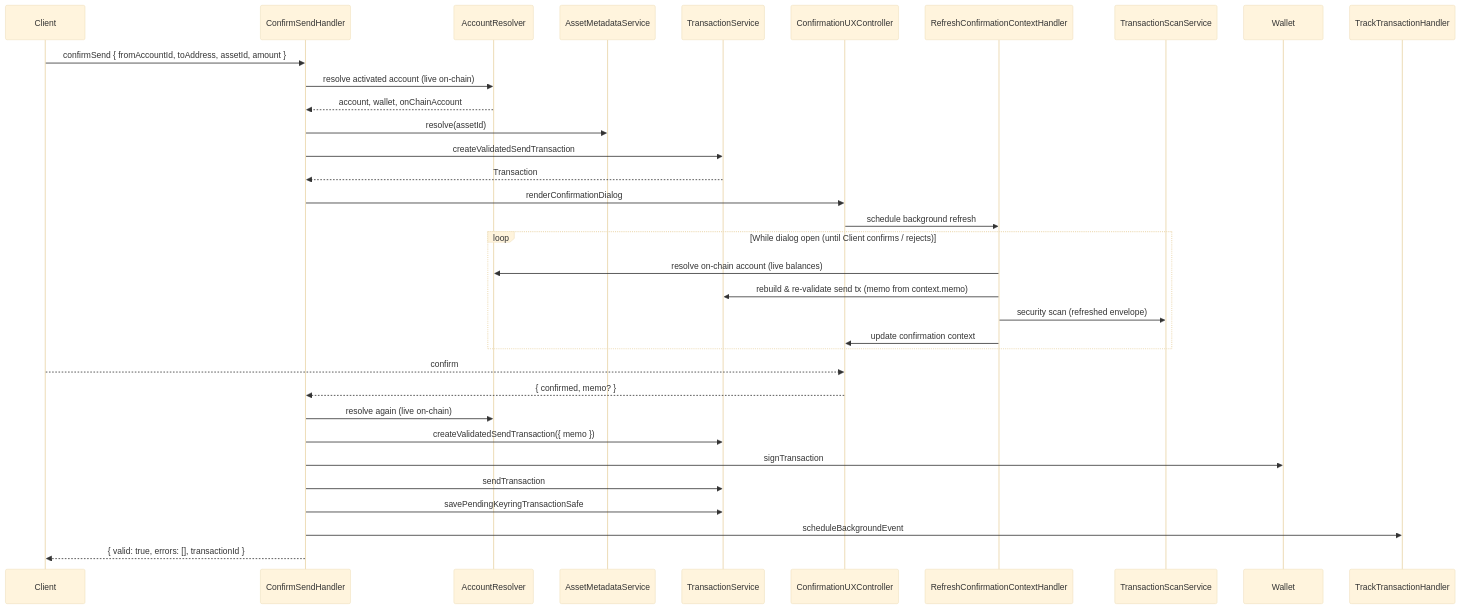
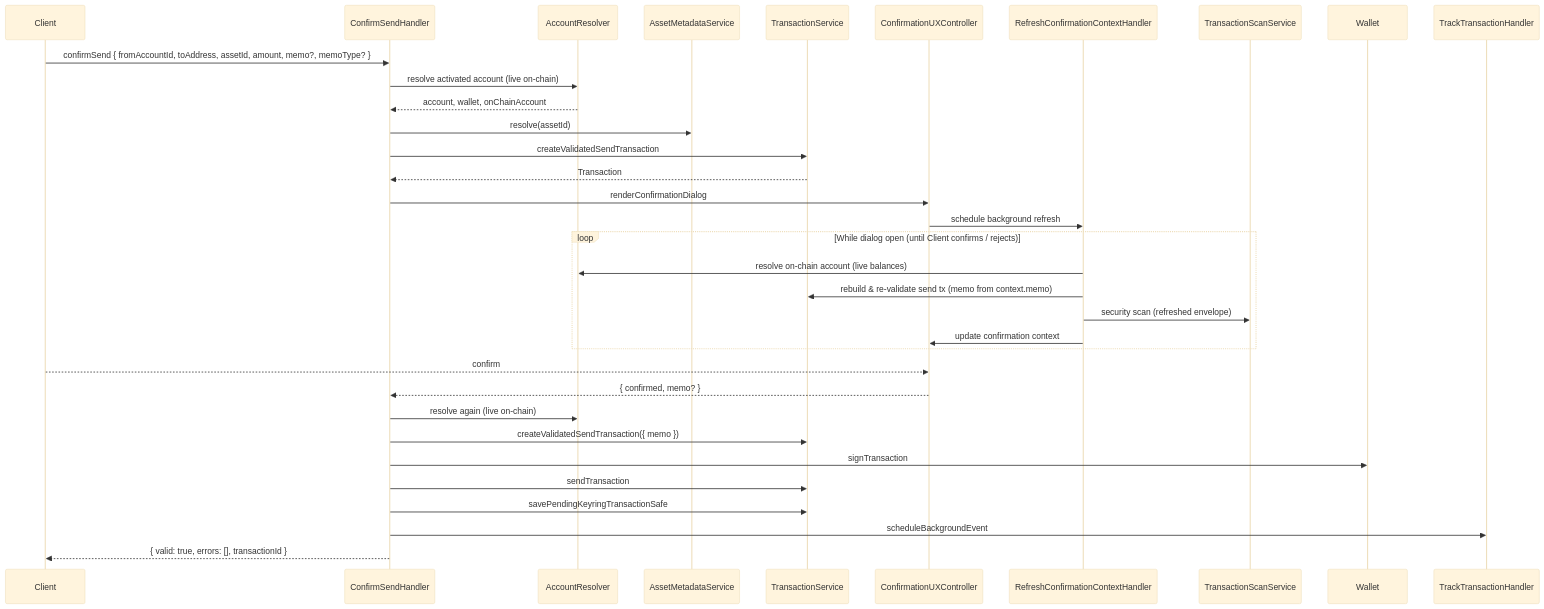
The diagram in packages/stellar-wallet-snap/docs/use-cases/client-request/confirmSend.md (MetaMask/internal-snaps), drawn with Mermaid (base theme) before and after one commit. The commit also changed other lines of this file and 15 other files, not shown here.

Commit message:
feat(stellar): accept client-supplied memo in confirmSend

````diff
--- a/packages/stellar-wallet-snap/docs/use-cases/client-request/confirmSend.md
+++ b/packages/stellar-wallet-snap/docs/use-cases/client-request/confirmSend.md
@@ -65,39 +67,39 @@
 ```mermaid
 sequenceDiagram
   participant Client
   participant Handler as ConfirmSendHandler
   participant Resolver as AccountResolver
   participant Meta as AssetMetadataService
   participant Tx as TransactionService
   participant UI as ConfirmationUXController
   participant Refresh as RefreshConfirmationContextHandler
   participant Scan as TransactionScanService
   participant Wallet
   participant Track as TrackTransactionHandler
 
-  Client->>Handler: confirmSend { fromAccountId, toAddress, assetId, amount }
+  Client->>Handler: confirmSend { fromAccountId, toAddress, assetId, amount, memo?, memoType? }
   Handler->>Resolver: resolve activated account (live on-chain)
   Resolver-->>Handler: account, wallet, onChainAccount
   Handler->>Meta: resolve(assetId)
   Handler->>Tx: createValidatedSendTransaction
   Tx-->>Handler: Transaction
   Handler->>UI: renderConfirmationDialog
   UI->>Refresh: schedule background refresh
 
   loop While dialog open (until Client confirms / rejects)
     Refresh->>Resolver: resolve on-chain account (live balances)
     Refresh->>Tx: rebuild & re-validate send tx (memo from context.memo)
     Refresh->>Scan: security scan (refreshed envelope)
     Refresh->>UI: update confirmation context
   end
 
   Client-->>UI: confirm
   UI-->>Handler: { confirmed, memo? }
   Handler->>Resolver: resolve again (live on-chain)
   Handler->>Tx: createValidatedSendTransaction({ memo })
   Handler->>Wallet: signTransaction
   Handler->>Tx: sendTransaction
   Handler->>Tx: savePendingKeyringTransactionSafe
   Handler->>Track: scheduleBackgroundEvent
   Handler-->>Client: { valid: true, errors: [], transactionId }
 ```
````
